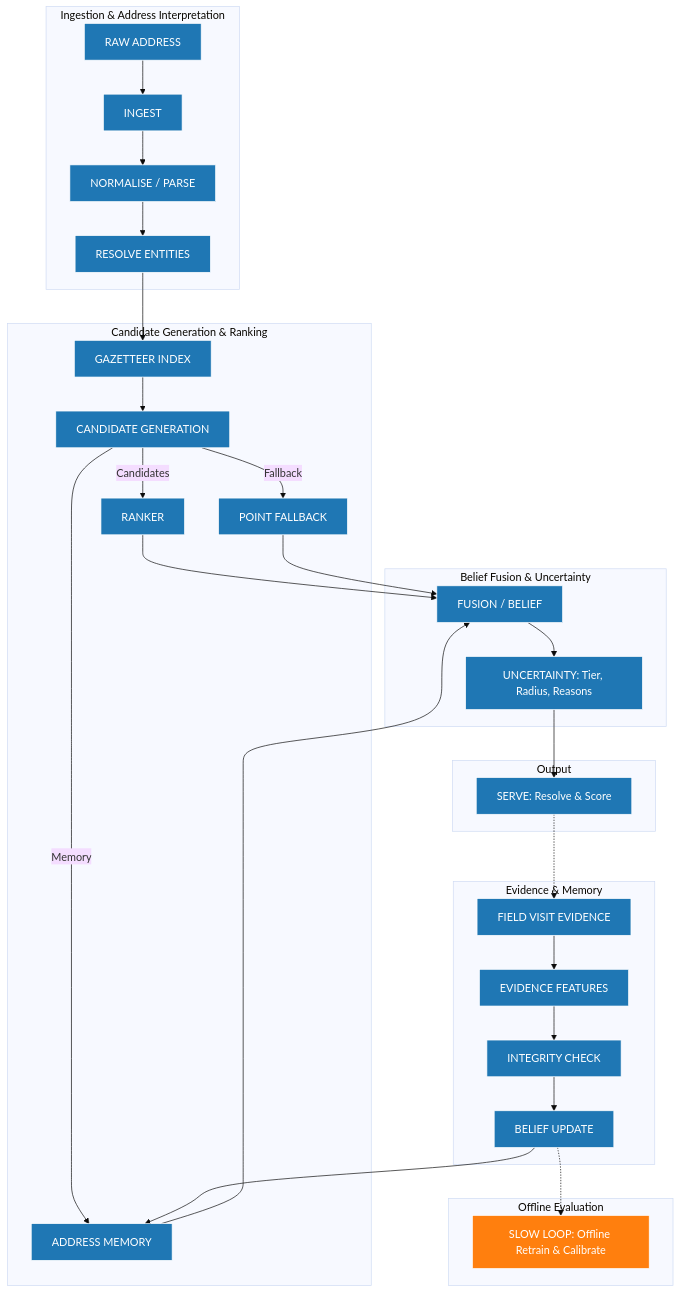
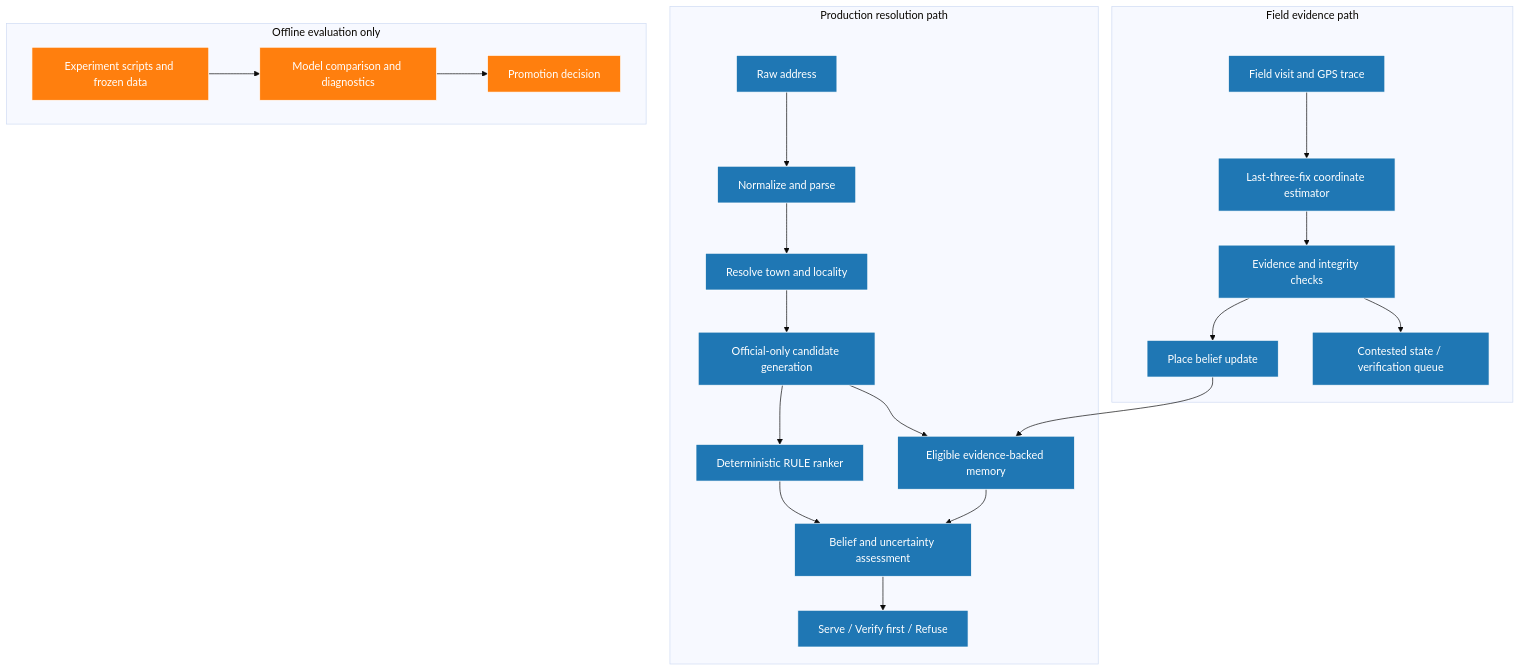
Before and after one commit to Sohamgaonkhadkar/sutra-geospatial-address-intelligence: the diagram in README.md, drawn with Mermaid (base theme). The commit also changed other lines of this file, not shown here.

````diff
--- a/README.md
+++ b/README.md
@@ -63,47 +74,31 @@
 ```mermaid
 flowchart TD
-    subgraph Ingestion & Address Interpretation
-        A[RAW ADDRESS] --> S0[INGEST]
-        S0 --> S1[NORMALISE / PARSE]
-        S1 --> S2[RESOLVE ENTITIES]
+    subgraph REQUEST[Production resolution path]
+        A[Raw address] --> B[Normalize and parse]
+        B --> C[Resolve town and locality]
+        C --> D[Official-only candidate generation]
+        D --> E[Deterministic RULE ranker]
+        D --> F[Eligible evidence-backed memory]
+        E --> G[Belief and uncertainty assessment]
+        F --> G
+        G --> H[Serve / Verify first / Refuse]
     end
 
-    subgraph Candidate Generation & Ranking
-        S2 --> S3[GAZETTEER INDEX]
-        S3 --> S4[CANDIDATE GENERATION]
-        
-        S4 -->|Candidates| S5[RANKER]
-        S4 -->|Fallback| S6[POINT FALLBACK]
-        S4 -->|Memory| S12[ADDRESS MEMORY]
+    subgraph FIELD[Field evidence path]
+        I[Field visit and GPS trace] --> J[Last-three-fix coordinate estimator]
+        J --> K[Evidence and integrity checks]
+        K --> L[Place belief update]
+        L --> F
+        K --> M[Contested state / verification queue]
     end
 
-    subgraph Belief Fusion & Uncertainty
-        S5 --> S7[FUSION / BELIEF]
-        S6 --> S7
-        S12 --> S7
-        S7 --> S8[UNCERTAINTY: Tier, Radius, Reasons]
+    subgraph OFFLINE[Offline evaluation only]
+        N[Experiment scripts and frozen data] --> O[Model comparison and diagnostics]
+        O --> P[Promotion decision]
     end
 
-    subgraph Output
-        S8 --> SERVE[SERVE: Resolve & Score]
-    end
-
-    subgraph Evidence & Memory
-        SERVE -.-> EVIDENCE[FIELD VISIT EVIDENCE]
-        EVIDENCE --> S9[EVIDENCE FEATURES]
-        S9 --> S10[INTEGRITY CHECK]
-        S10 --> S11[BELIEF UPDATE]
-        S11 --> S12
-    end
-
-    subgraph Offline Evaluation
-        S11 -.-> S13[SLOW LOOP: Offline Retrain & Calibrate]
-    end
-
-    classDef implemented fill:#1f77b4,color:#fff,stroke:#fff;
+    classDef production fill:#1f77b4,color:#fff,stroke:#fff;
     classDef offline fill:#ff7f0e,color:#fff,stroke:#fff;
-    classDef unimpl fill:#555,color:#ccc,stroke:#fff,stroke-dasharray: 5 5;
-    
-    class A,S0,S1,S2,S3,S4,S5,S6,S7,S8,SERVE,EVIDENCE,S9,S10,S11,S12 implemented;
-    class S13 offline;
+    class A,B,C,D,E,F,G,H,I,J,K,L,M production;
+    class N,O,P offline;
 ```
````
